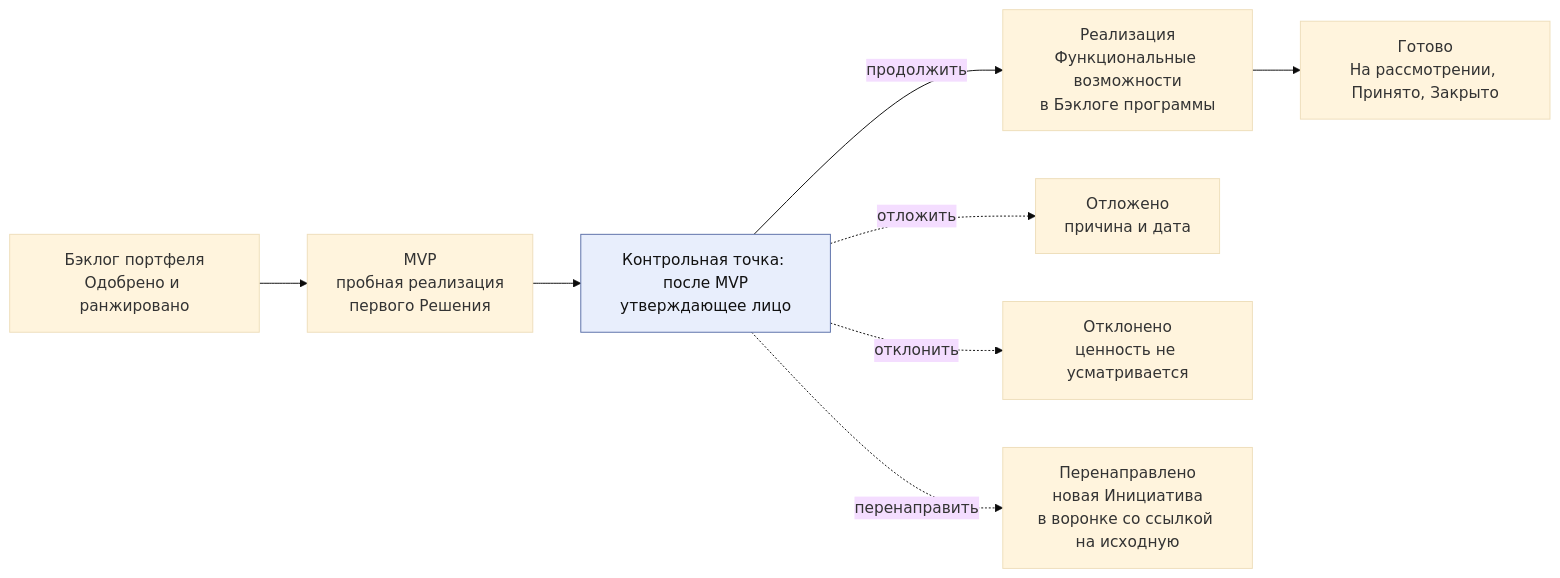
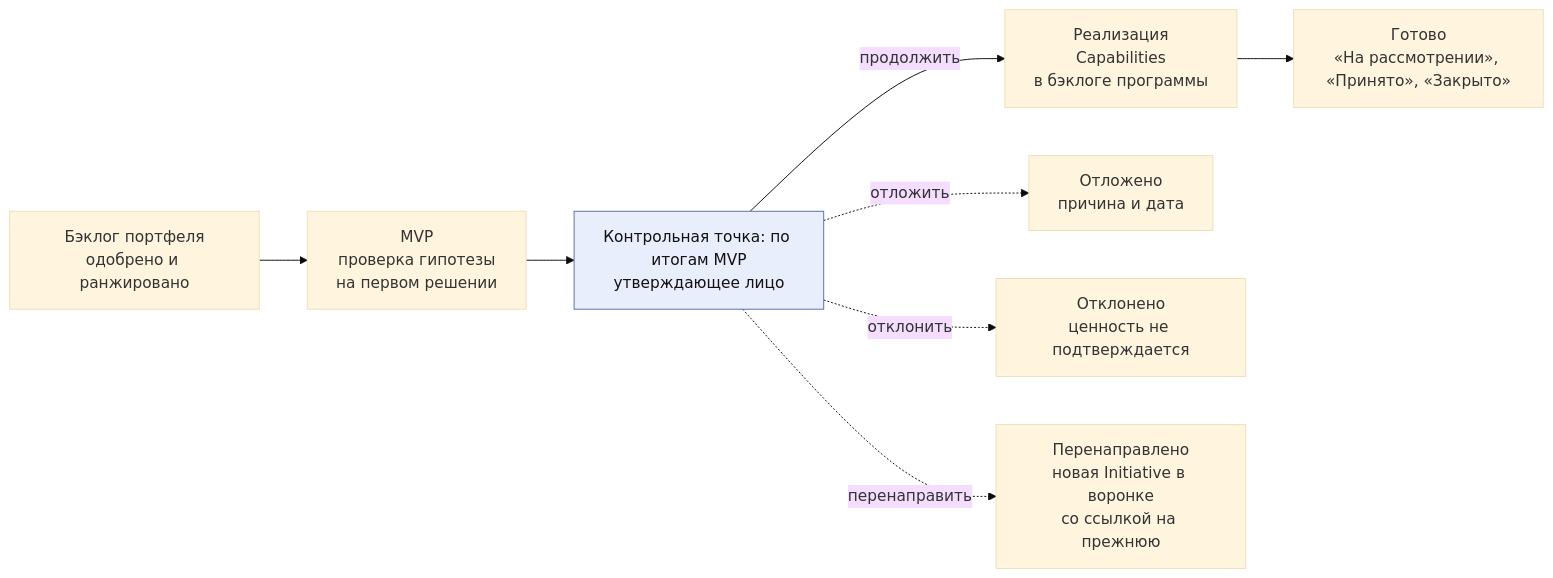
One commit to devhogu/ob-aicc changed the fifth of 10 diagrams in charter/ru/workflows/service-delivery.md. Above: the diagram before and after it, drawn with Mermaid (base theme). The commit also changed other lines of this file and 7 other files, not shown here.

````diff
--- a/charter/ru/workflows/service-delivery.md
+++ b/charter/ru/workflows/service-delivery.md
@@ -107,12 +109,12 @@
 ```mermaid
 flowchart LR
-  B["Бэклог портфеля<br/>Одобрено и ранжировано"] --> M["MVP<br/>пробная реализация<br/>первого Решения"]
-  M --> G2["Контрольная точка: после MVP<br/>утверждающее лицо"]
-  G2 -->|"продолжить"| I["Реализация<br/>Функциональные возможности<br/>в Бэклоге программы"]
-  I --> Z["Готово<br/>На рассмотрении, Принято, Закрыто"]
+  B["Бэклог портфеля<br/>одобрено и ранжировано"] --> M["MVP<br/>проверка гипотезы<br/>на первом решении"]
+  M --> G2["Контрольная точка: по итогам MVP<br/>утверждающее лицо"]
+  G2 -->|"продолжить"| I["Реализация<br/>Capabilities<br/>в бэклоге программы"]
+  I --> Z["Готово<br/>«На рассмотрении», «Принято», «Закрыто»"]
   G2 -.->|"отложить"| DF["Отложено<br/>причина и дата"]
-  G2 -.->|"отклонить"| RJ["Отклонено<br/>ценность не усматривается"]
-  G2 -.->|"перенаправить"| PV["Перенаправлено<br/>новая Инициатива<br/>в воронке со ссылкой на исходную"]
+  G2 -.->|"отклонить"| RJ["Отклонено<br/>ценность не подтверждается"]
+  G2 -.->|"перенаправить"| PV["Перенаправлено<br/>новая Initiative в воронке<br/>со ссылкой на прежнюю"]
   classDef gate fill:#e8eefc,stroke:#5a6fa8,color:#111
   class G2 gate
 ```
````
